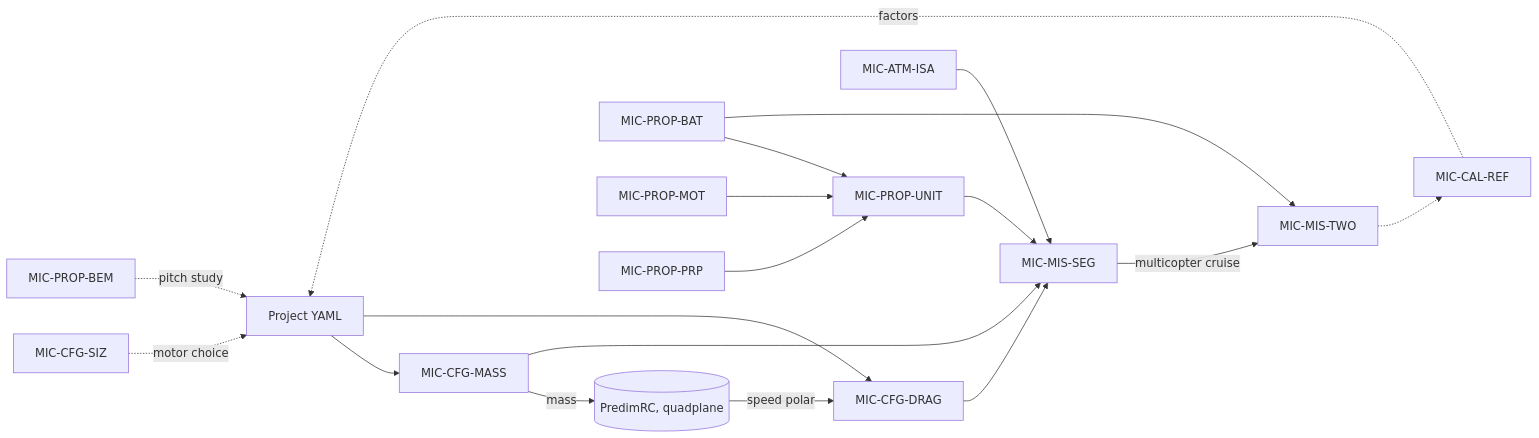
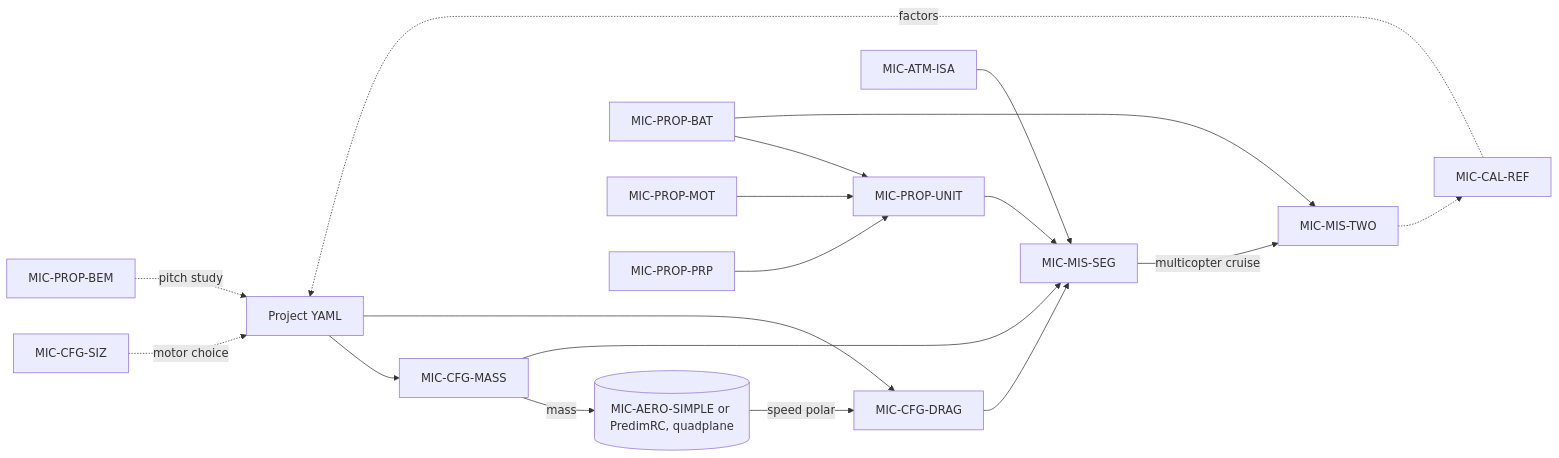
One commit to SebastienBocquet/predim-vtol changed the diagram in src/predim_vtol/mic/index.md. Above: the diagram before and after it, drawn with Mermaid. The commit also changed other lines of this file and 52 other files, not shown here.

First line of the commit message:
feat(aero): simple Python aerodynamic model, PredimRC optional

````diff
--- a/src/predim_vtol/mic/index.md
+++ b/src/predim_vtol/mic/index.md
@@ -60,20 +62,20 @@
 ```mermaid
 flowchart LR
   P[Project YAML] --> MASS[MIC-CFG-MASS]
   P --> DRAG[MIC-CFG-DRAG]
-  MASS -->|mass| PR[(PredimRC, quadplane)]
+  MASS -->|mass| PR[(MIC-AERO-SIMPLE or PredimRC, quadplane)]
   PR -->|speed polar| DRAG
   ATM[MIC-ATM-ISA] --> SEG[MIC-MIS-SEG]
   BAT[MIC-PROP-BAT] --> UNIT[MIC-PROP-UNIT]
   MOT[MIC-PROP-MOT] --> UNIT
   PRP[MIC-PROP-PRP] --> UNIT
   UNIT --> SEG
   DRAG --> SEG
   MASS --> SEG
   SEG -->|multicopter cruise| TWO[MIC-MIS-TWO]
   BAT --> TWO
   SIZ[MIC-CFG-SIZ] -.->|motor choice| P
   CAL[MIC-CAL-REF] -.->|factors| P
   TWO -.-> CAL
   BEM[MIC-PROP-BEM] -.->|pitch study| P
 ```
````
